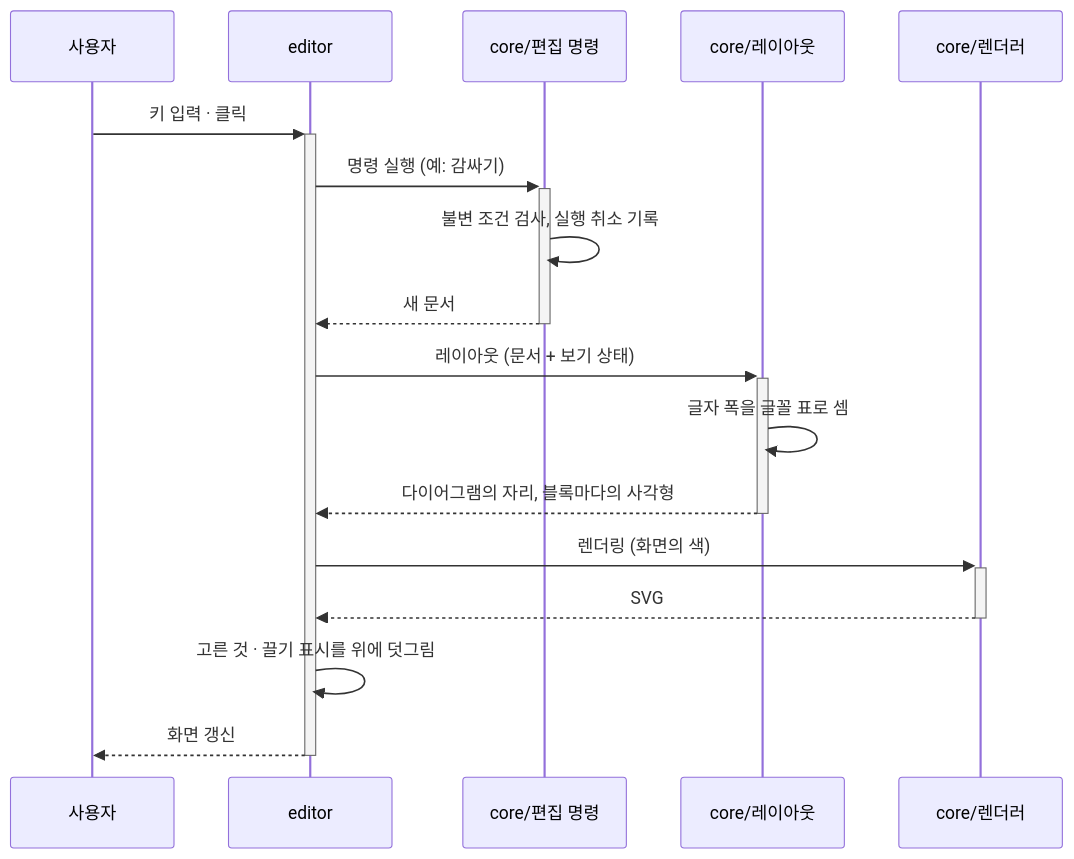
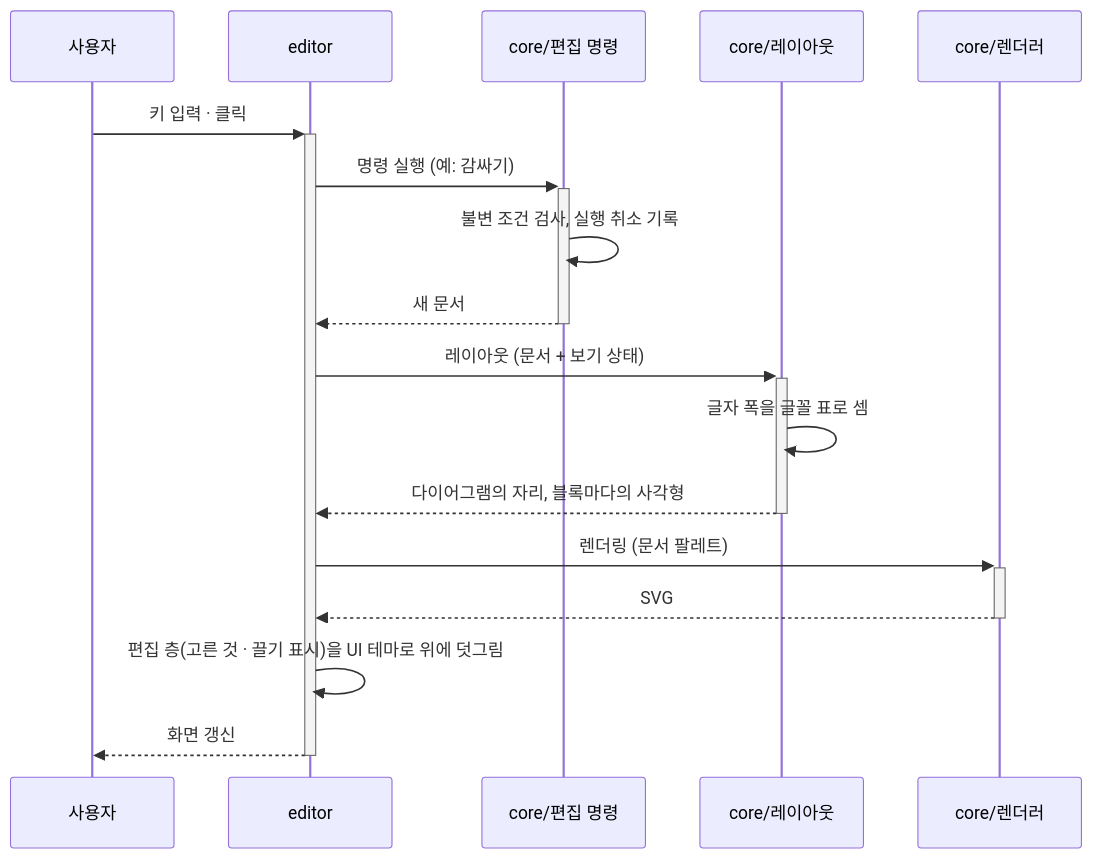
One commit to reddiana/AriadneNSD changed the fourth of 5 diagrams in docs/03-architecture/03-architecture.md. Above: the diagram before and after it, drawn with Mermaid. The commit also changed other lines of this file and 9 other files, not shown here.

Commit message:
정합성 검토 2를 반영: 아키텍처의 렌더링 색(문서 팔레트 / UI 테마), 배포 대상에 Claude skill, 실행 취소 링크. 편집기 설계의 셸 인터페이스, 상세 설계 다섯의 낡은 할 일을 지금의 결정으로, 문서 색인. ADR-0018 이후 변경. 위키링크 검사 스크립트(문서의 깨진 링크 0)

````diff
--- a/docs/03-architecture/03-architecture.md
+++ b/docs/03-architecture/03-architecture.md
@@ -160,19 +160,19 @@
 ```mermaid
 sequenceDiagram
     participant U as 사용자
     participant E as editor
     participant M as core/편집 명령
     participant L as core/레이아웃
     participant R as core/렌더러
     U->>+E: 키 입력 · 클릭
     E->>+M: 명령 실행 (예: 감싸기)
     M->>M: 불변 조건 검사, 실행 취소 기록
     M-->>-E: 새 문서
     E->>+L: 레이아웃 (문서 + 보기 상태)
     L->>L: 글자 폭을 글꼴 표로 셈
     L-->>-E: 다이어그램의 자리, 블록마다의 사각형
-    E->>+R: 렌더링 (화면의 색)
+    E->>+R: 렌더링 (문서 팔레트)
     R-->>-E: SVG
-    E->>E: 고른 것 · 끌기 표시를 위에 덧그림
+    E->>E: 편집 층(고른 것 · 끌기 표시)을 UI 테마로 위에 덧그림
     E-->>-U: 화면 갱신
 ```
````
